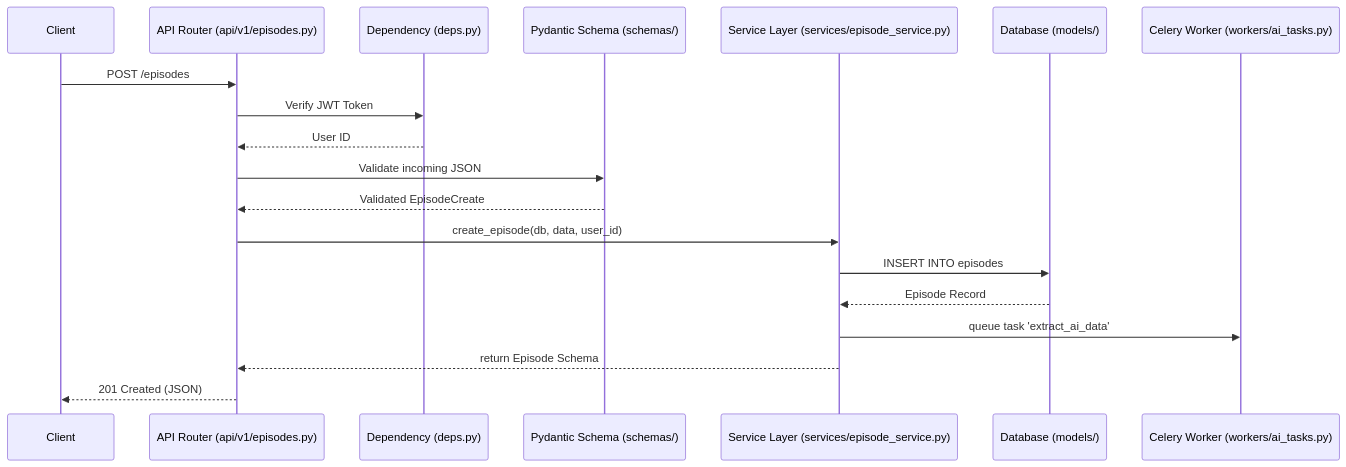
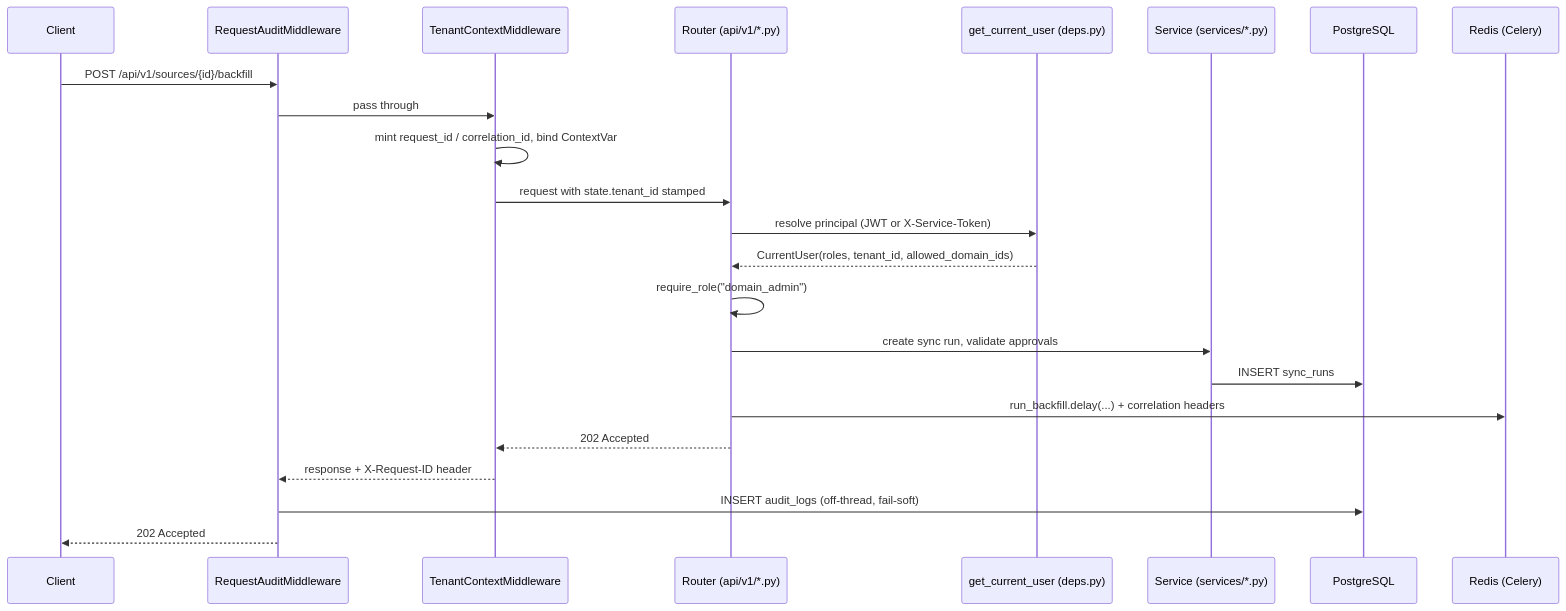
The second of 2 diagrams in docs/04_Backend_KT.md (Valuedx/ContextEdge), drawn with Mermaid before and after one commit. The commit also changed other lines of this file and 48 other files, not shown here.

````diff
--- a/docs/04_Backend_KT.md
+++ b/docs/04_Backend_KT.md
@@ -420,22 +593,26 @@
 ```mermaid
 sequenceDiagram
     participant Client
-    participant API as API Router (api/v1/episodes.py)
-    participant Auth as Dependency (deps.py)
-    participant Schema as Pydantic Schema (schemas/)
-    participant Service as Service Layer (services/episode_service.py)
-    participant DB as Database (models/)
-    participant Worker as Celery Worker (workers/ai_tasks.py)
+    participant Audit as RequestAuditMiddleware
+    participant Ctx as TenantContextMiddleware
+    participant API as Router (api/v1/*.py)
+    participant Deps as get_current_user (deps.py)
+    participant Svc as Service (services/*.py)
+    participant DB as PostgreSQL
+    participant Broker as Redis (Celery)
 
-    Client->>API: POST /episodes
-    API->>Auth: Verify JWT Token
-    Auth-->>API: User ID
-    API->>Schema: Validate incoming JSON
-    Schema-->>API: Validated EpisodeCreate
-    API->>Service: create_episode(db, data, user_id)
-    Service->>DB: INSERT INTO episodes
-    DB-->>Service: Episode Record
-    Service->>Worker: queue task 'extract_ai_data'
-    Service-->>API: return Episode Schema
-    API-->>Client: 201 Created (JSON)
+    Client->>Audit: POST /api/v1/sources/{id}/backfill
+    Audit->>Ctx: pass through
+    Ctx->>Ctx: mint request_id / correlation_id, bind ContextVar
+    Ctx->>API: request with state.tenant_id stamped
+    API->>Deps: resolve principal (JWT or X-Service-Token)
+    Deps-->>API: CurrentUser(roles, tenant_id, allowed_domain_ids)
+    API->>API: require_role("domain_admin")
+    API->>Svc: create sync run, validate approvals
+    Svc->>DB: INSERT sync_runs
+    API->>Broker: run_backfill.delay(...) + correlation headers
+    API-->>Ctx: 202 Accepted
+    Ctx-->>Audit: response + X-Request-ID header
+    Audit->>DB: INSERT audit_logs (off-thread, fail-soft)
+    Audit-->>Client: 202 Accepted
 ```
````
